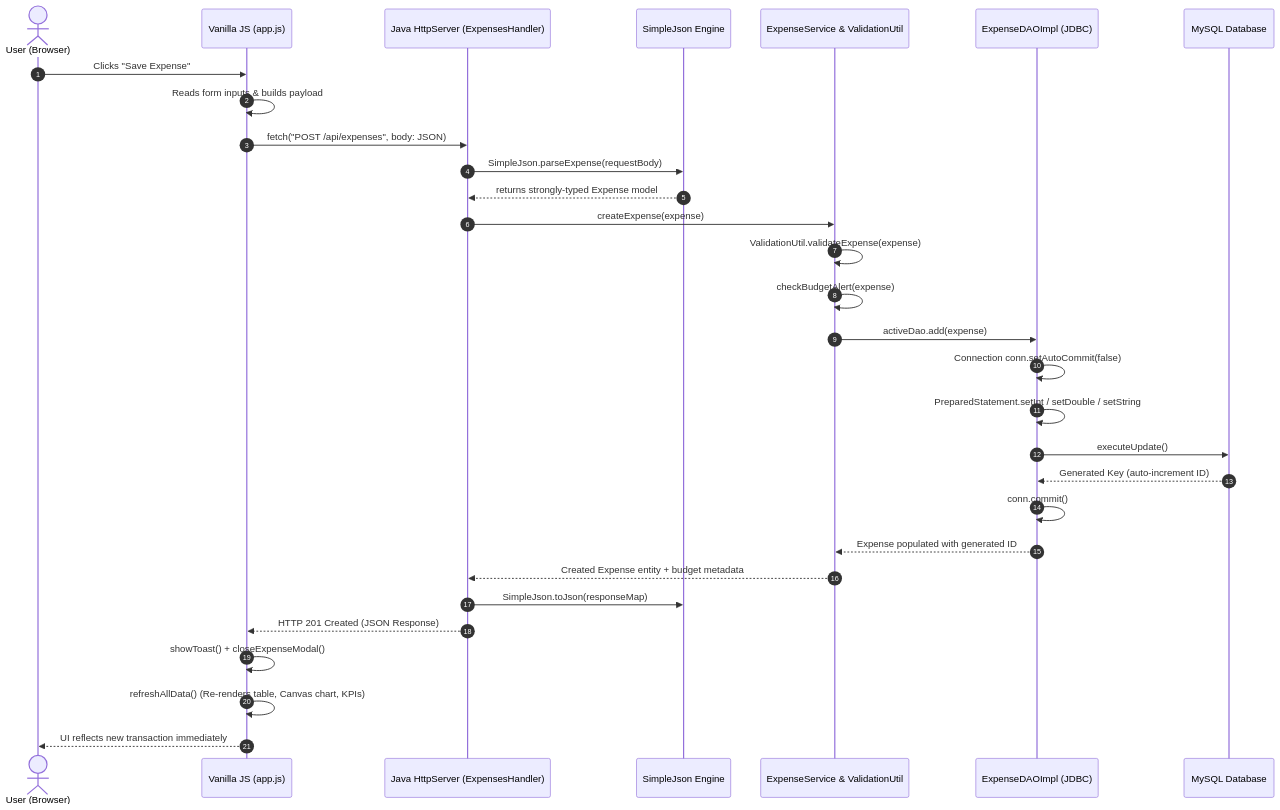
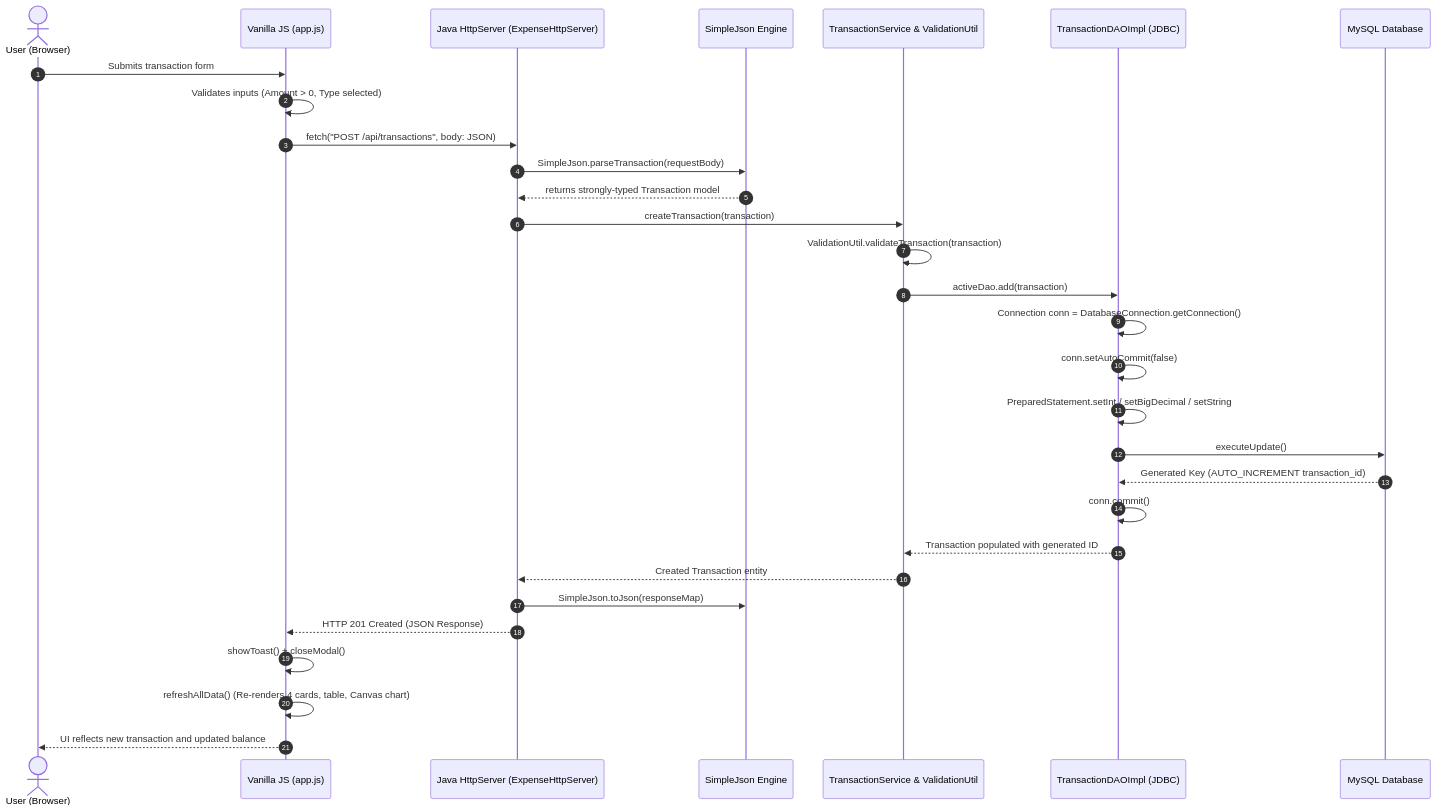
The first of 2 diagrams in README.md (utsav2311/ExpenseTracker), drawn with Mermaid before and after one commit. The commit also changed other lines of this file and 42 other files, not shown here.

Commit message:
feat: upgrade to Personal Income and Expense Tracker (relational MySQL schema, dashboard KPIs, reports, ₹ currency)

````diff
--- a/README.md
+++ b/README.md
@@ -147,33 +188,33 @@
 ```mermaid
 sequenceDiagram
     autonumber
     actor User as User (Browser)
     participant JS as Vanilla JS (app.js)
-    participant HTTP as Java HttpServer (ExpensesHandler)
+    participant HTTP as Java HttpServer (ExpenseHttpServer)
     participant JSON as SimpleJson Engine
-    participant SVC as ExpenseService & ValidationUtil
-    participant DAO as ExpenseDAOImpl (JDBC)
+    participant SVC as TransactionService & ValidationUtil
+    participant DAO as TransactionDAOImpl (JDBC)
     participant DB as MySQL Database
 
-    User->>JS: Clicks "Save Expense"
-    JS->>JS: Reads form inputs & builds payload
-    JS->>HTTP: fetch("POST /api/expenses", body: JSON)
-    HTTP->>JSON: SimpleJson.parseExpense(requestBody)
-    JSON-->>HTTP: returns strongly-typed Expense model
-    HTTP->>SVC: createExpense(expense)
-    SVC->>SVC: ValidationUtil.validateExpense(expense)
-    SVC->>SVC: checkBudgetAlert(expense)
-    SVC->>DAO: activeDao.add(expense)
-    DAO->>DAO: Connection conn.setAutoCommit(false)
-    DAO->>DAO: PreparedStatement.setInt / setDouble / setString
+    User->>JS: Submits transaction form
+    JS->>JS: Validates inputs (Amount > 0, Type selected)
+    JS->>HTTP: fetch("POST /api/transactions", body: JSON)
+    HTTP->>JSON: SimpleJson.parseTransaction(requestBody)
+    JSON-->>HTTP: returns strongly-typed Transaction model
+    HTTP->>SVC: createTransaction(transaction)
+    SVC->>SVC: ValidationUtil.validateTransaction(transaction)
+    SVC->>DAO: activeDao.add(transaction)
+    DAO->>DAO: Connection conn = DatabaseConnection.getConnection()
+    DAO->>DAO: conn.setAutoCommit(false)
+    DAO->>DAO: PreparedStatement.setInt / setBigDecimal / setString
     DAO->>DB: executeUpdate()
-    DB-->>DAO: Generated Key (auto-increment ID)
+    DB-->>DAO: Generated Key (AUTO_INCREMENT transaction_id)
     DAO->>DAO: conn.commit()
-    DAO-->>SVC: Expense populated with generated ID
-    SVC-->>HTTP: Created Expense entity + budget metadata
+    DAO-->>SVC: Transaction populated with generated ID
+    SVC-->>HTTP: Created Transaction entity
     HTTP->>JSON: SimpleJson.toJson(responseMap)
     HTTP-->>JS: HTTP 201 Created (JSON Response)
-    JS->>JS: showToast() + closeExpenseModal()
-    JS->>JS: refreshAllData() (Re-renders table, Canvas chart, KPIs)
-    JS-->>User: UI reflects new transaction immediately
+    JS->>JS: showToast() + closeModal()
+    JS->>JS: refreshAllData() (Re-renders 4 cards, table, Canvas chart)
+    JS-->>User: UI reflects new transaction and updated balance
 ```
````
